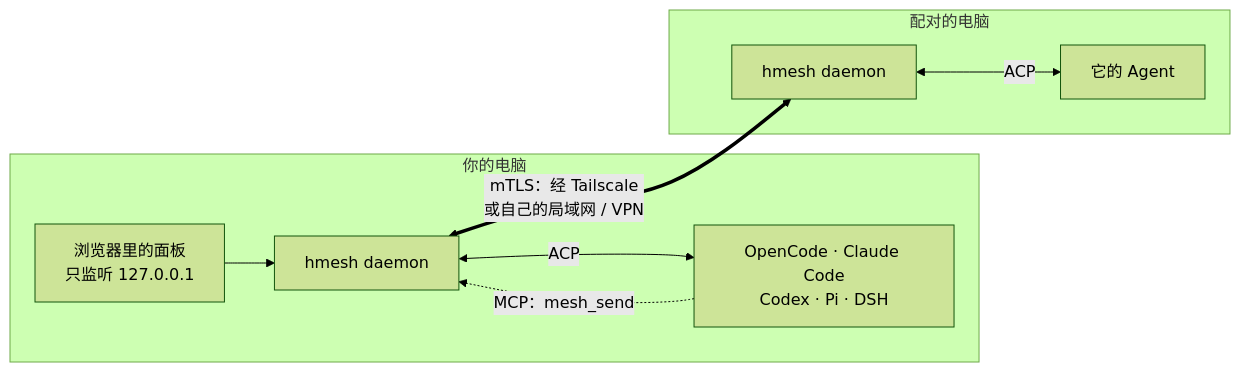
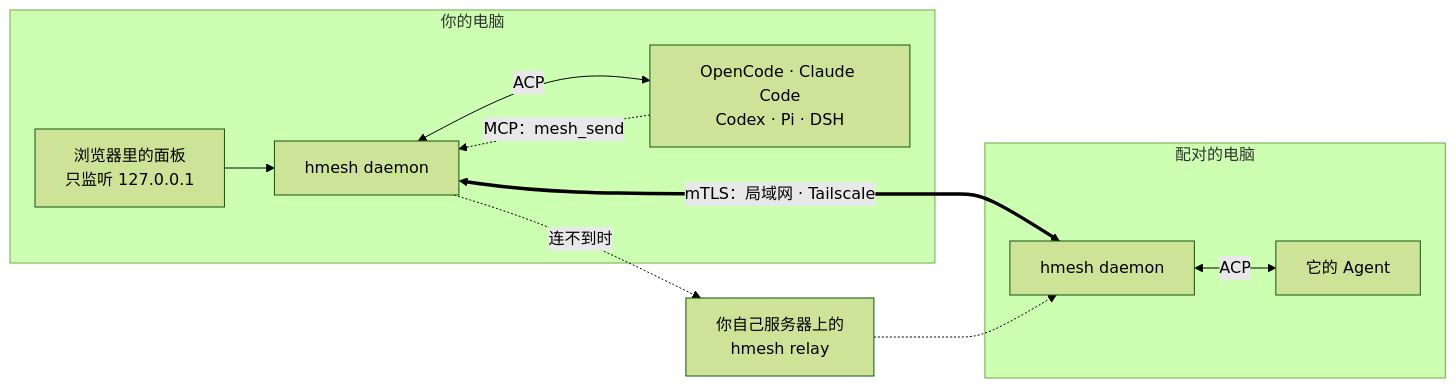
One commit to jackie-cqz/HarnessMesh changed the diagram in README_CN.md. Above: the diagram before and after it, drawn with Mermaid (forest theme). The commit also changed other lines of this file and 15 other files, not shown here.

````diff
--- a/README_CN.md
+++ b/README_CN.md
@@ -48,12 +53,14 @@
 ```mermaid
 flowchart LR
   subgraph A["你的电脑"]
     panel["浏览器里的面板<br/>只监听 127.0.0.1"] --> d1["hmesh daemon"]
     d1 <-->|ACP| a1["OpenCode · Claude Code<br/>Codex · Pi · DSH"]
     a1 -.->|"MCP：mesh_send"| d1
   end
   subgraph B["配对的电脑"]
     d2["hmesh daemon"] <-->|ACP| a2["它的 Agent"]
   end
-  d1 <==>|"mTLS：经 Tailscale<br/>或自己的局域网 / VPN"| d2
+  d1 <==>|"mTLS：局域网 · Tailscale"| d2
+  d1 -.->|"连不到时"| relay["你自己服务器上的<br/>hmesh relay"]
+  relay -.-> d2
 ```
````
